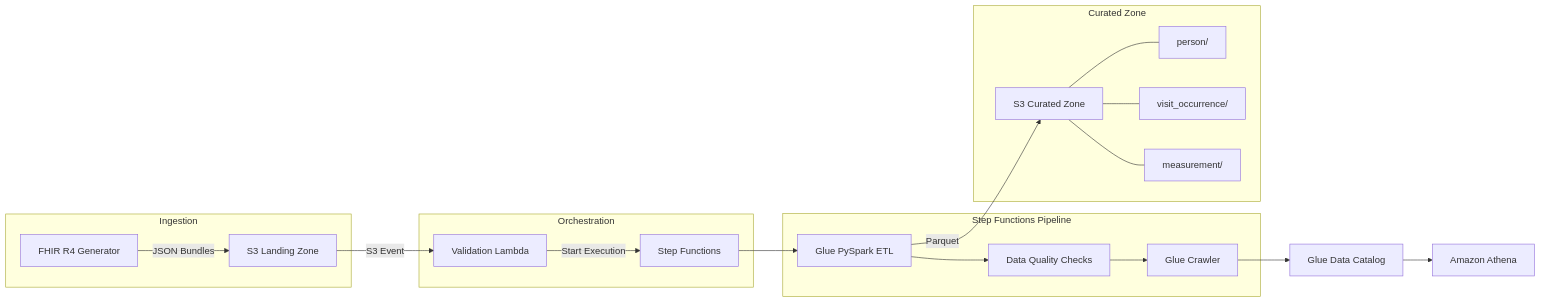
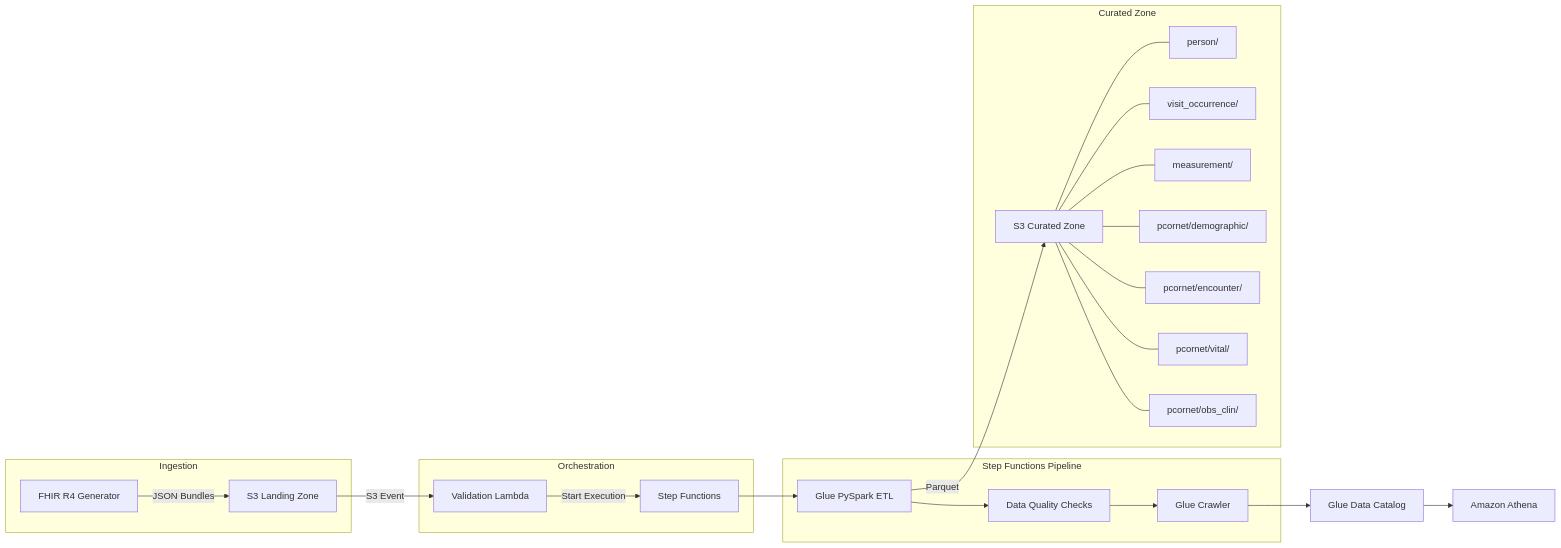
One commit to MIFUNEKINSKi/vitalstream-clinical-lake changed the diagram in README.md. Above: the diagram before and after it, drawn with Mermaid. The commit also changed other lines of this file and 1 other file, not shown here.

Commit message:
Document the PCORnet layer in the README

````diff
--- a/README.md
+++ b/README.md
@@ -9,27 +9,31 @@
 ```mermaid
 flowchart LR
     subgraph Ingestion
         G[FHIR R4 Generator] -->|JSON Bundles| S3L[S3 Landing Zone]
     end
 
     subgraph Orchestration
         S3L -->|S3 Event| VL[Validation Lambda]
         VL -->|Start Execution| SF[Step Functions]
     end
 
     subgraph "Step Functions Pipeline"
         SF --> ETL[Glue PySpark ETL]
         ETL --> DQ[Data Quality Checks]
         DQ --> CR[Glue Crawler]
     end
 
     subgraph "Curated Zone"
         ETL -->|Parquet| S3C[S3 Curated Zone]
         S3C --- P[person/]
         S3C --- V[visit_occurrence/]
         S3C --- M[measurement/]
+        S3C --- PD[pcornet/demographic/]
+        S3C --- PE[pcornet/encounter/]
+        S3C --- PV[pcornet/vital/]
+        S3C --- PO[pcornet/obs_clin/]
     end
 
     CR --> CAT[Glue Data Catalog]
     CAT --> ATH[Amazon Athena]
 ```
````
